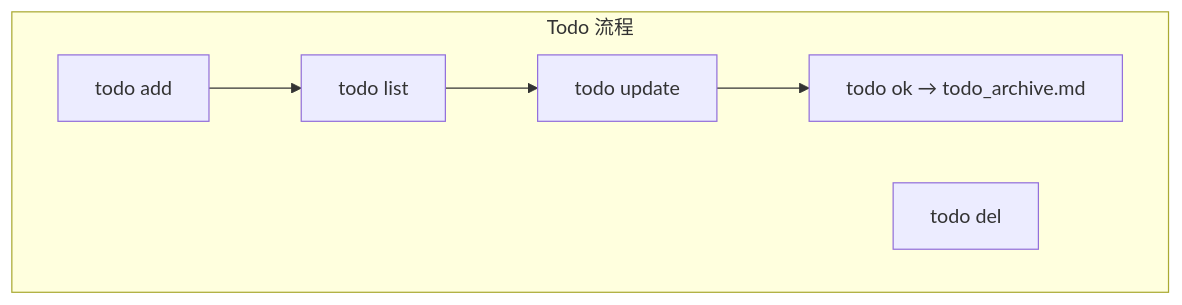
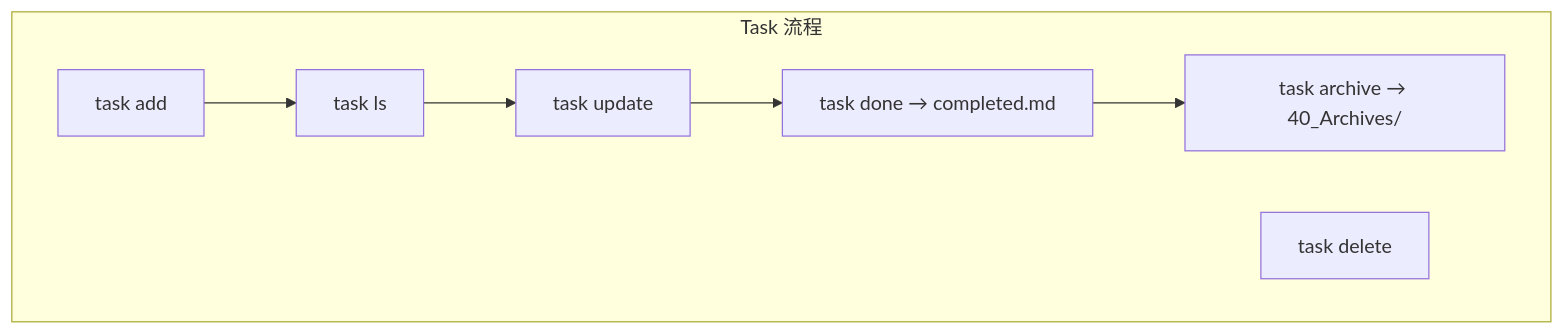
Before and after one commit to EvilJoker/pkmskill: the sixth of 7 diagrams in 文章/Introduce.md, drawn with Mermaid. The commit also changed other lines of this file and 26 other files, not shown here.

````diff
--- a/文章/Introduce.md
+++ b/文章/Introduce.md
@@ -298,9 +301,10 @@
 ```mermaid
 flowchart TB
-    subgraph Todo["Todo 流程"]
-        Add["todo add"] --> List["todo list"]
-        List --> Update["todo update"]
-        Update --> OK["todo ok → todo_archive.md"]
-        Del["todo del"]
+    subgraph Task["Task 流程"]
+        Add["task add"] --> List["task ls"]
+        List --> Update["task update"]
+        Update --> Done["task done → completed.md"]
+        Done --> Archive["task archive → 40_Archives/"]
+        Del["task delete"]
     end
 ```
````
